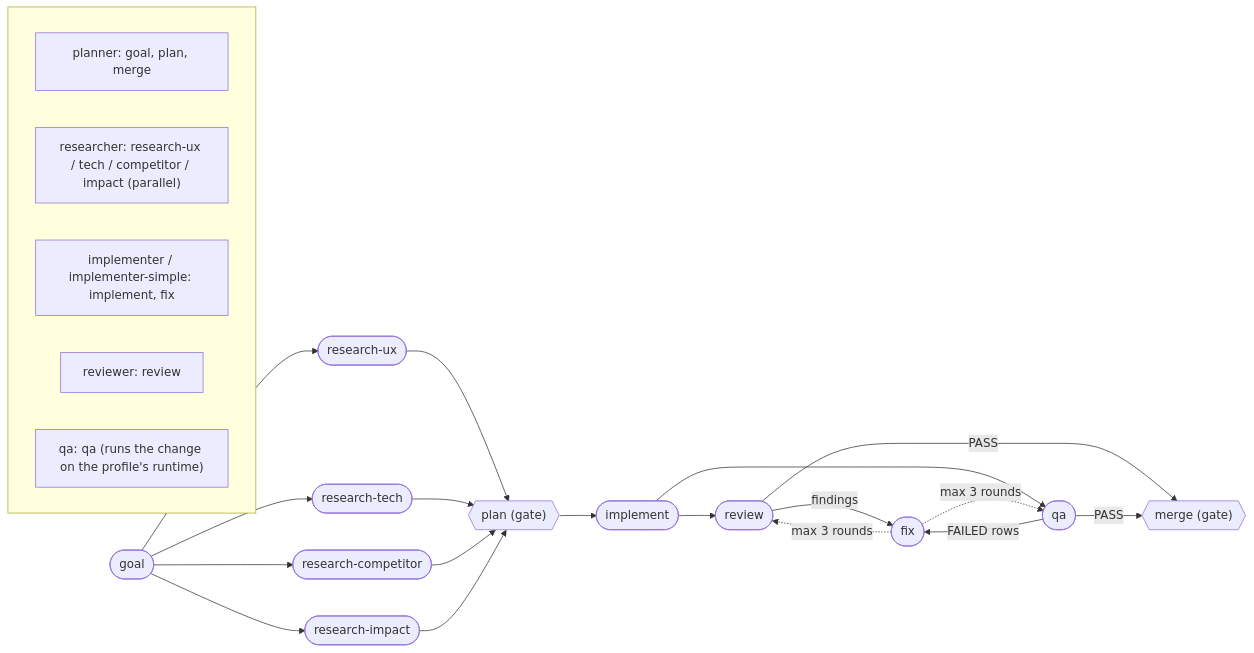
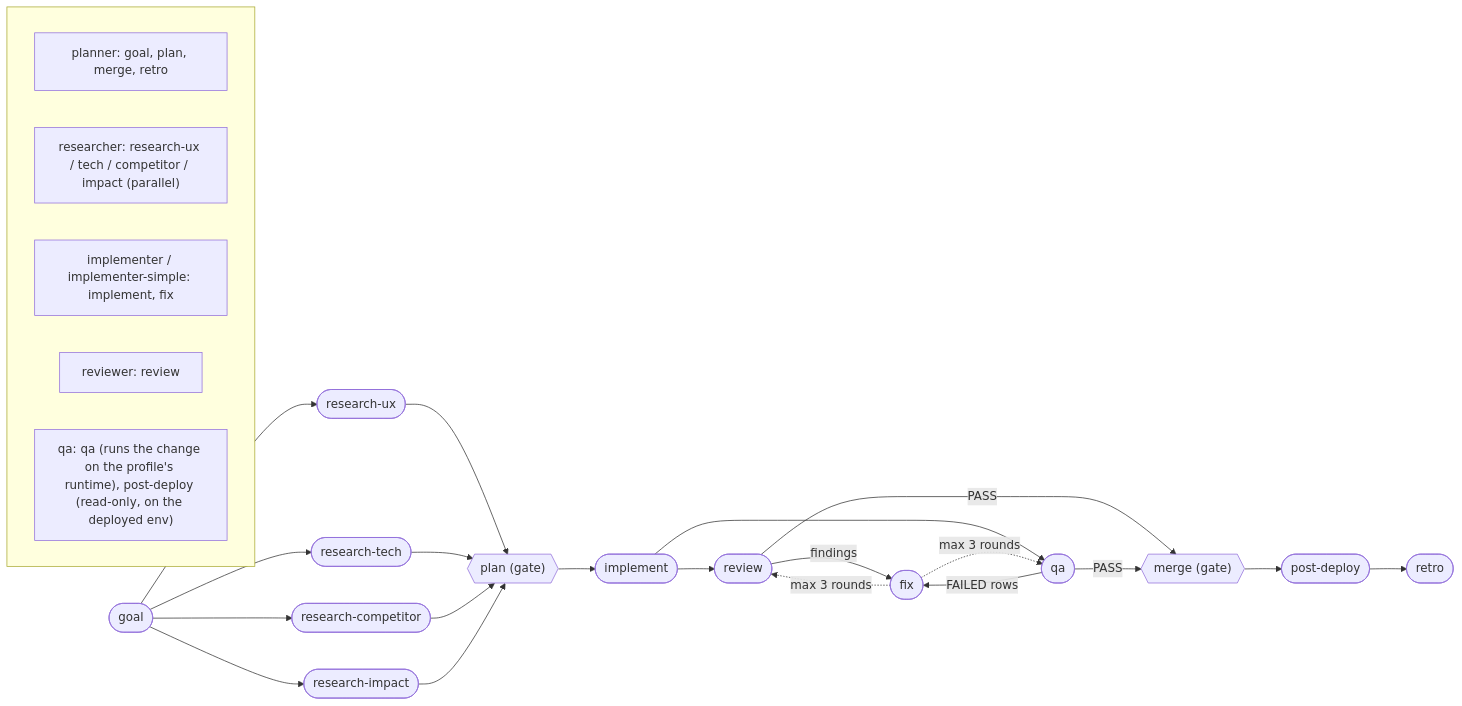
The diagram in README.md (ShonP/graph-engineering), drawn with Mermaid before and after one commit. The commit also changed other lines of this file and 16 other files, not shown here.

````diff
--- a/README.md
+++ b/README.md
@@ -31,20 +31,21 @@
 ```mermaid
 flowchart LR
     goal([goal]) --> rux([research-ux]) & rtech([research-tech]) & rcomp([research-competitor]) & rimp([research-impact])
     rux & rtech & rcomp & rimp --> plan{{"plan (gate)"}}
     plan --> implement([implement])
     implement --> review([review]) & qa([qa])
     review -->|findings| fix([fix])
     qa -->|FAILED rows| fix
     fix -.->|"max 3 rounds"| review & qa
     review & qa -->|PASS| merge{{"merge (gate)"}}
+    merge --> post([post-deploy]) --> retro([retro])
 
     subgraph agents [" "]
         direction LR
-        a1["planner: goal, plan, merge"]
+        a1["planner: goal, plan, merge, retro"]
         a0["researcher: research-ux / tech / competitor / impact (parallel)"]
         a2["implementer / implementer-simple: implement, fix"]
         a3["reviewer: review"]
-        a4["qa: qa (runs the change on the profile's runtime)"]
+        a4["qa: qa (runs the change on the profile's runtime), post-deploy (read-only, on the deployed env)"]
     end
 ```
````
